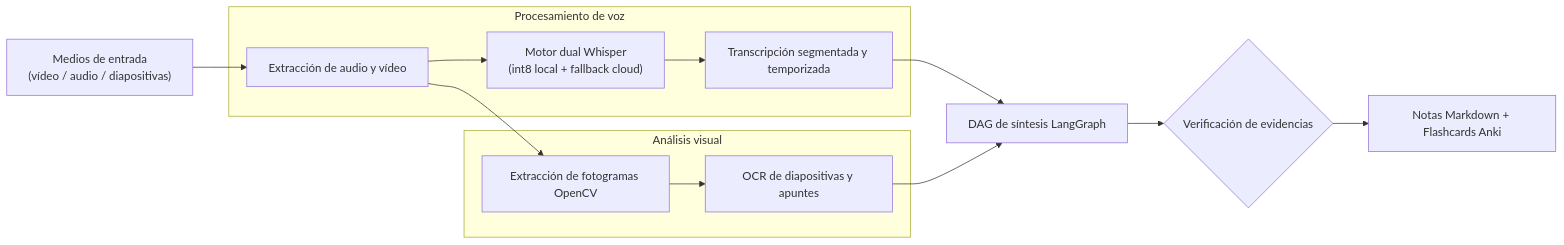
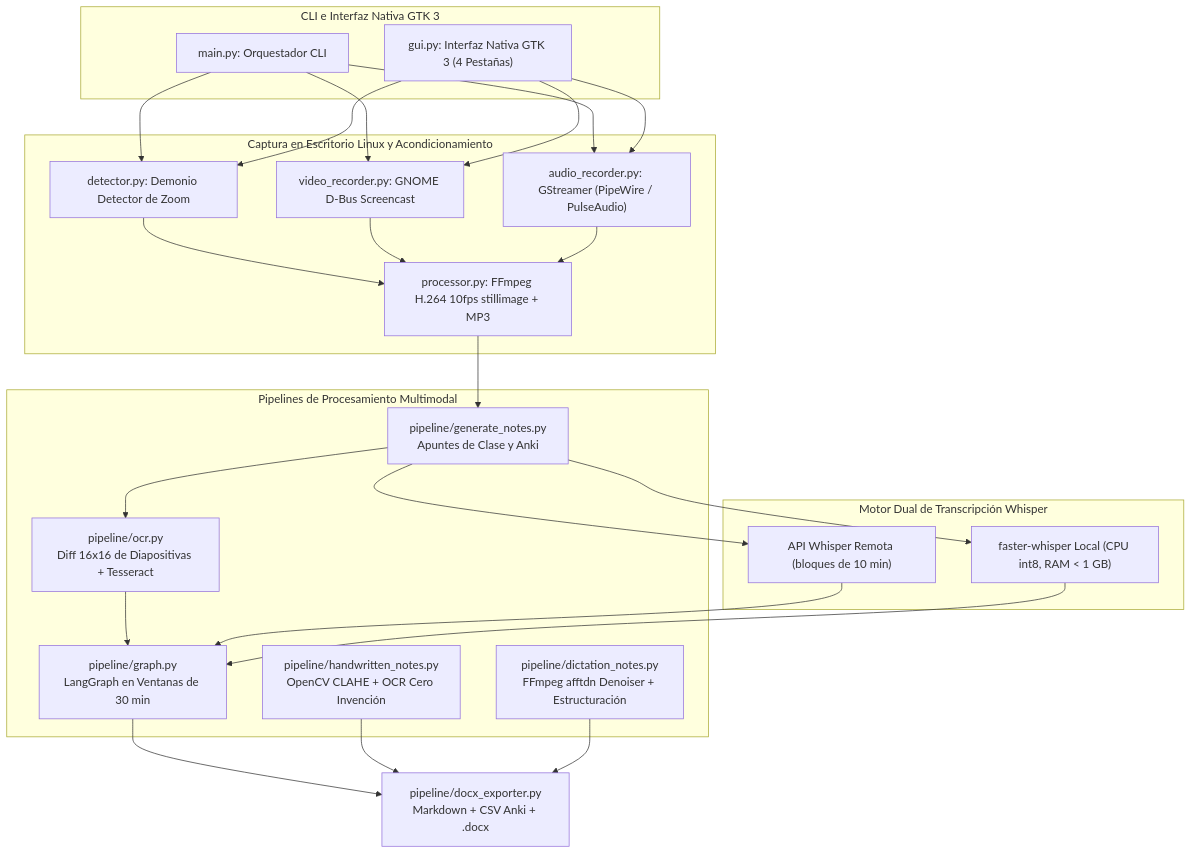
Before and after one commit to oredondo/oredondo.github.io: the diagram in docs_es/projects/omni-lecture.md, drawn with Mermaid. The commit also changed other lines of this file and 30 other files, not shown here.

````diff
--- a/docs_es/projects/omni-lecture.md
+++ b/docs_es/projects/omni-lecture.md
@@ -28,19 +26,34 @@
 ```mermaid
-flowchart LR
-    Media["Medios de entrada<br/>(vídeo / audio / diapositivas)"] --> Split["Extracción de audio y vídeo"]
-
-    subgraph Audio["Procesamiento de voz"]
-        Split --> Whisper["Motor dual Whisper<br/>(int8 local + fallback cloud)"]
-        Whisper --> Transcript["Transcripción segmentada y temporizada"]
+flowchart TD
+    subgraph UI["CLI e Interfaz Nativa GTK 3"]
+        CLI["main.py: Orquestador CLI"]
+        GUI["gui.py: Interfaz Nativa GTK 3 (4 Pestañas)"]
     end
 
-    subgraph Visual["Análisis visual"]
-        Split --> CV["Extracción de fotogramas OpenCV"]
-        CV --> OCR["OCR de diapositivas y apuntes"]
+    subgraph Capture["Captura en Escritorio Linux y Acondicionamiento"]
+        Det["detector.py: Demonio Detector de Zoom"]
+        Vid["video_recorder.py: GNOME D-Bus Screencast"]
+        Aud["audio_recorder.py: GStreamer (PipeWire / PulseAudio)"]
+        Proc["processor.py: FFmpeg H.264 10fps stillimage + MP3"]
+        CLI & GUI --> Det & Vid & Aud --> Proc
     end
 
-    Transcript --> Synth["DAG de síntesis LangGraph"]
-    OCR --> Synth
-    Synth --> Guard{"Verificación de evidencias"}
-    Guard --> Output["Notas Markdown + Flashcards Anki"]
+    subgraph Whisper["Motor Dual de Transcripción Whisper"]
+        W_Cloud["API Whisper Remota (bloques de 10 min)"]
+        W_Local["faster-whisper Local (CPU int8, RAM < 1 GB)"]
+    end
+
+    subgraph Pipelines["Pipelines de Procesamiento Multimodal"]
+        Notes["pipeline/generate_notes.py<br/>Apuntes de Clase y Anki"]
+        OCR["pipeline/ocr.py<br/>Diff 16x16 de Diapositivas + Tesseract"]
+        Graph["pipeline/graph.py<br/>LangGraph en Ventanas de 30 min"]
+        Hand["pipeline/handwritten_notes.py<br/>OpenCV CLAHE + OCR Cero Invención"]
+        Dict["pipeline/dictation_notes.py<br/>FFmpeg afftdn Denoiser + Estructuración"]
+    end
+
+    Proc --> Notes
+    Notes --> OCR & W_Cloud & W_Local
+    OCR & W_Cloud & W_Local --> Graph
+    Graph --> Export["pipeline/docx_exporter.py<br/>Markdown + CSV Anki + .docx"]
+    Hand & Dict --> Export
 ```
````
